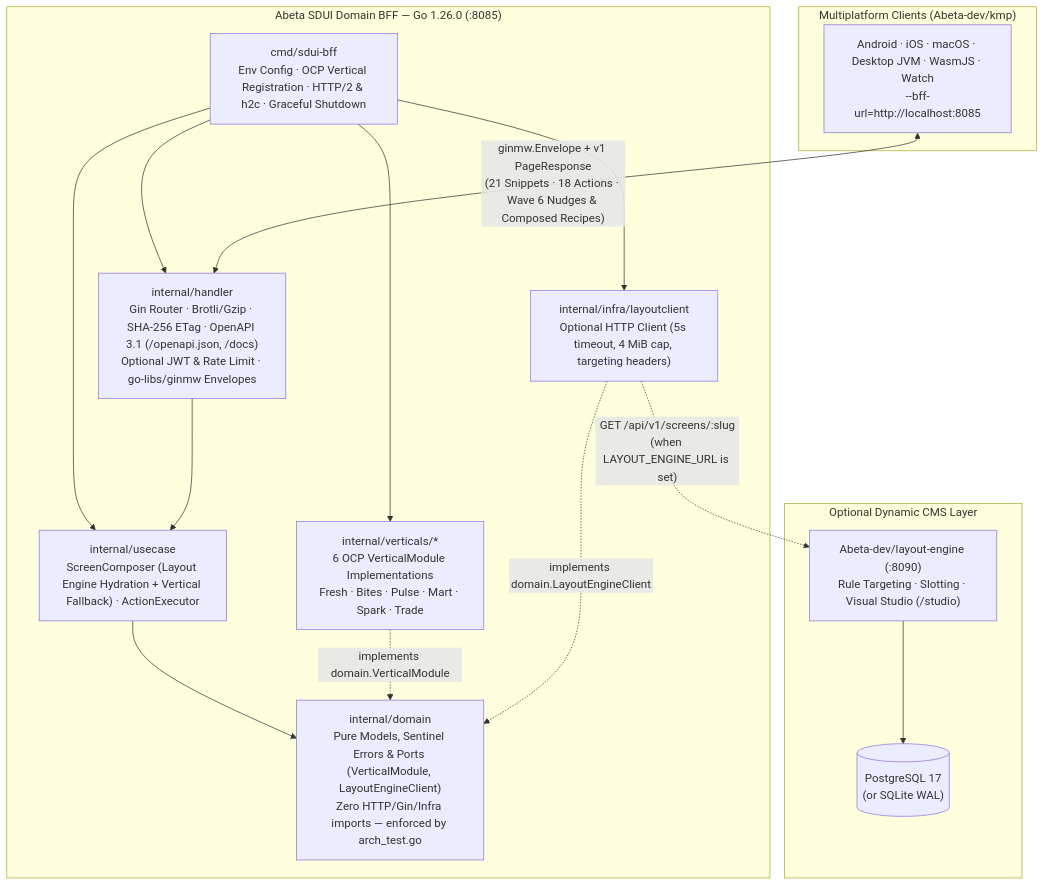
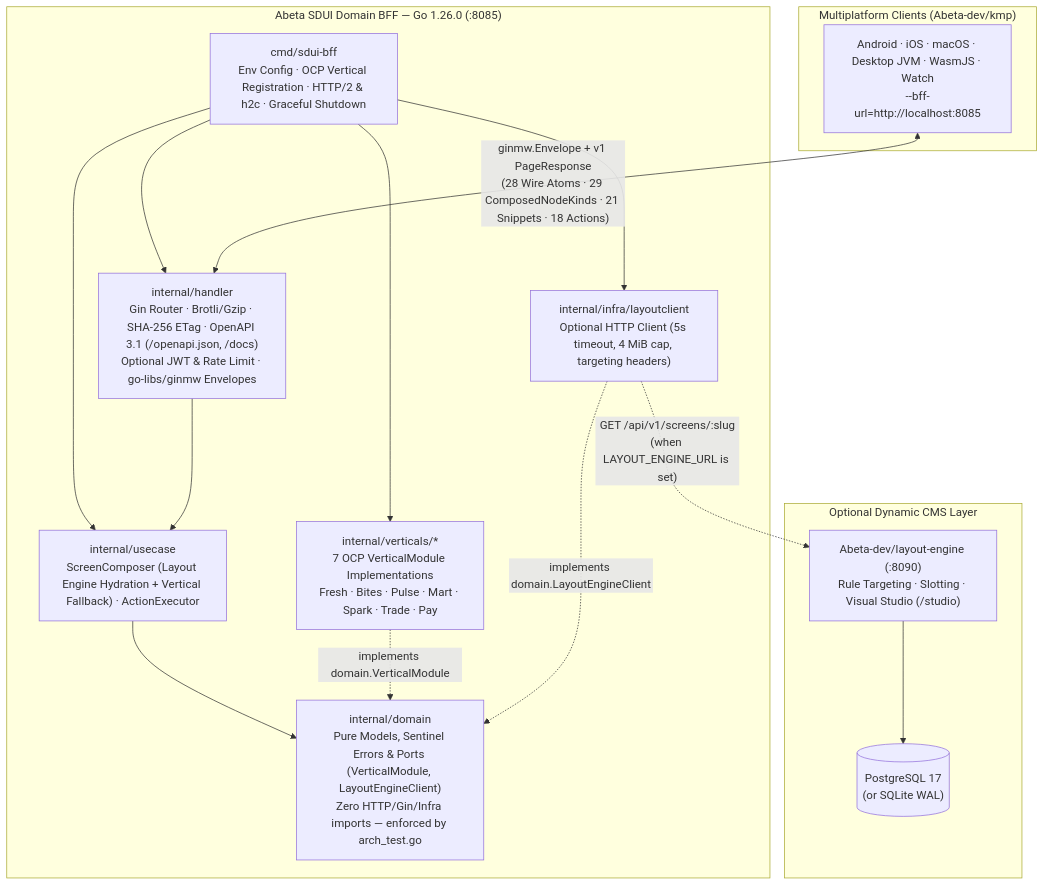
The diagram in README.md (Abeta-dev/sdui-bff), drawn with Mermaid before and after one commit. The commit also changed other lines of this file and 40 other files, not shown here.

Commit message:
feat(verticals): upgrade to kmp/bff v0.5.0, add Abeta Pay 7th vertical & 12 extended atoms

````diff
--- a/README.md
+++ b/README.md
@@ -32,33 +32,33 @@
 ```mermaid
 flowchart TB
     subgraph Clients["Multiplatform Clients (Abeta-dev/kmp)"]
         KMP["Android · iOS · macOS · Desktop JVM · WasmJS · Watch\n--bff-url=http://localhost:8085"]
     end
 
     subgraph BFF["Abeta SDUI Domain BFF — Go 1.26.0 (:8085)"]
         CMD["cmd/sdui-bff\nEnv Config · OCP Vertical Registration · HTTP/2 & h2c · Graceful Shutdown"]
         HANDLER["internal/handler\nGin Router · Brotli/Gzip · SHA-256 ETag · OpenAPI 3.1 (/openapi.json, /docs)\nOptional JWT & Rate Limit · go-libs/ginmw Envelopes"]
         USECASE["internal/usecase\nScreenComposer (Layout Engine Hydration + Vertical Fallback) · ActionExecutor"]
         DOMAIN["internal/domain\nPure Models, Sentinel Errors & Ports (VerticalModule, LayoutEngineClient)\nZero HTTP/Gin/Infra imports — enforced by arch_test.go"]
-        VERTICALS["internal/verticals/*\n6 OCP VerticalModule Implementations\nFresh · Bites · Pulse · Mart · Spark · Trade"]
+        VERTICALS["internal/verticals/*\n7 OCP VerticalModule Implementations\nFresh · Bites · Pulse · Mart · Spark · Trade · Pay"]
         LAYOUT_CLIENT["internal/infra/layoutclient\nOptional HTTP Client (5s timeout, 4 MiB cap, targeting headers)"]
 
         CMD --> HANDLER
         CMD --> USECASE
         CMD --> VERTICALS
         CMD --> LAYOUT_CLIENT
         HANDLER --> USECASE
         USECASE --> DOMAIN
         VERTICALS -. "implements domain.VerticalModule" .-> DOMAIN
         LAYOUT_CLIENT -. "implements domain.LayoutEngineClient" .-> DOMAIN
     end
 
     subgraph CMS["Optional Dynamic CMS Layer"]
         LE["Abeta-dev/layout-engine (:8090)\nRule Targeting · Slotting · Visual Studio (/studio)"]
         PG[("PostgreSQL 17\n(or SQLite WAL)")]
         LE --> PG
     end
 
-    KMP <-- "ginmw.Envelope + v1 PageResponse\n(21 Snippets · 18 Actions · Wave 6 Nudges & Composed Recipes)" --> HANDLER
+    KMP <-- "ginmw.Envelope + v1 PageResponse\n(28 Wire Atoms · 29 ComposedNodeKinds · 21 Snippets · 18 Actions)" --> HANDLER
     LAYOUT_CLIENT -. "GET /api/v1/screens/:slug\n(when LAYOUT_ENGINE_URL is set)" .-> LE
 ```
````
